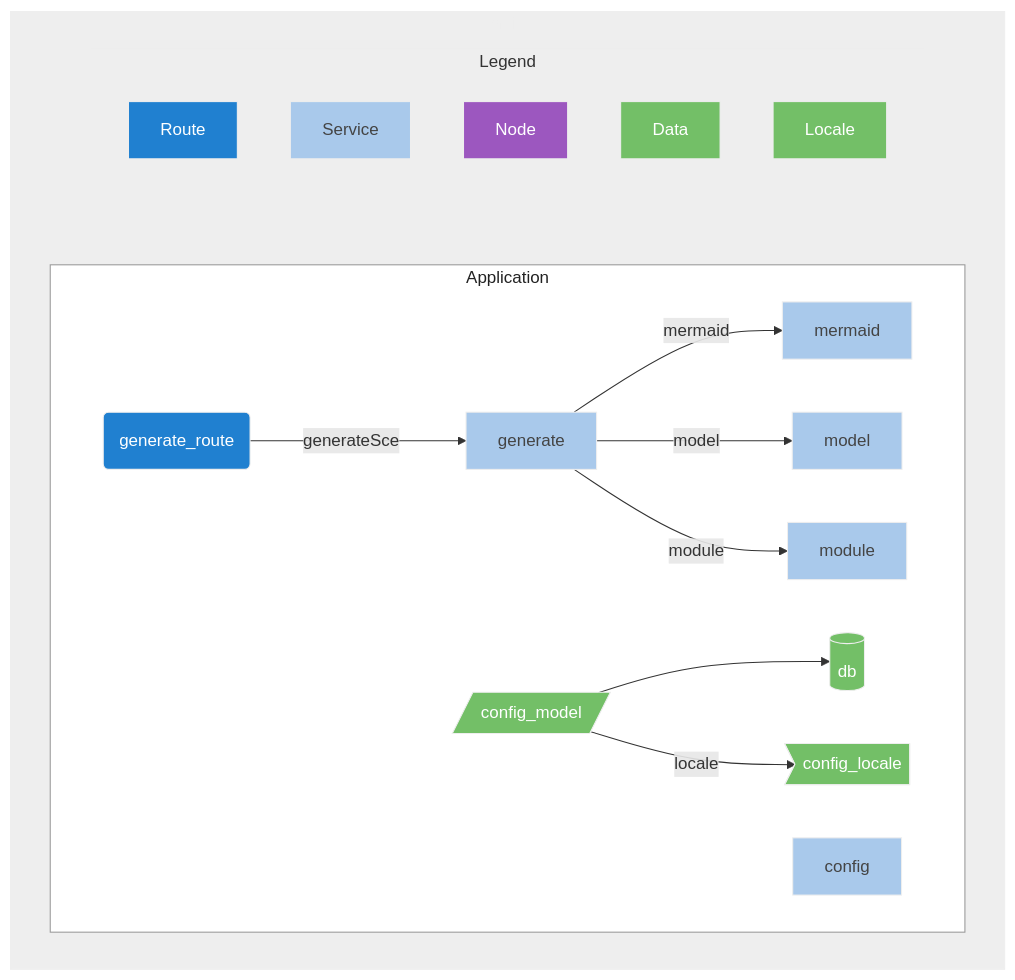
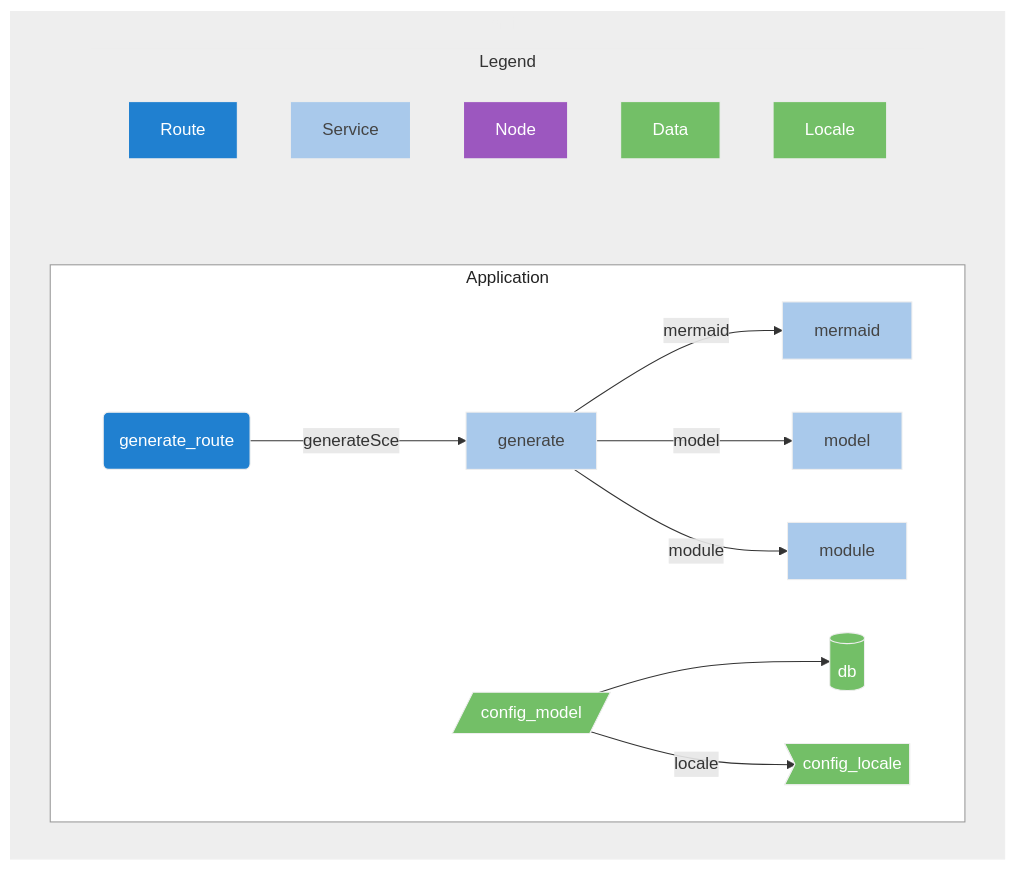
Before and after one commit to franck-yvetot/nxn-cli: the diagram in client_data/default/config_default.README.mmd, drawn with Mermaid. The commit also changed 2 other files, not shown here.

```diff
--- a/client_data/default/config_default.README.mmd
+++ b/client_data/default/config_default.README.mmd
@@ -1,44 +1,43 @@
 graph LR;
 subgraph main
     direction LR;
 
     subgraph Application
         direction LR;
         classDef nodeCls fill:#9C57BF,stroke:#eee,color:#fff
         classDef routeCls fill:#2080D0,stroke:#eee,color:#fff
         classDef nodCls fill:#9C57BF,stroke:#eee,color:#fff
         classDef serviceCls fill:#A9C9EB,stroke:#eee,color:#444
         classDef dataCls fill:#73BF67,stroke:#eee,color:#fff        
         classDef localeCls fill:#73BF67,stroke:#eee,color:#fff        
     generate_route("generate_route"):::routeCls
     generate_route -- generateSce -->generate;
     db[("db")]:::dataCls
     mermaid["mermaid"]:::serviceCls
     model["model"]:::serviceCls
     generate["generate"]:::serviceCls
     generate -- mermaid -->mermaid;
     generate -- model -->model;
     generate -- module -->module;
     module["module"]:::serviceCls
     config_locale>"config_locale"]:::localeCls
     config_model[/"config_model"/]:::dataCls
     config_model --> db;
     config_model -- locale -->config_locale;
-    config["config"]:::serviceCls
 end
 
     subgraph Legend
         Route:::routeCls
         Service:::serviceCls
         Node:::nodCls
         Data:::dataCls
         Locale:::localeCls
     end
 
 end
 
 
 
 style Application fill:#fff,stroke:#999,color:#222
 style Legend fill:#eee,stroke:#eee,color:#333
 style main fill:#eee,stroke:#eee,color:#eee
```
